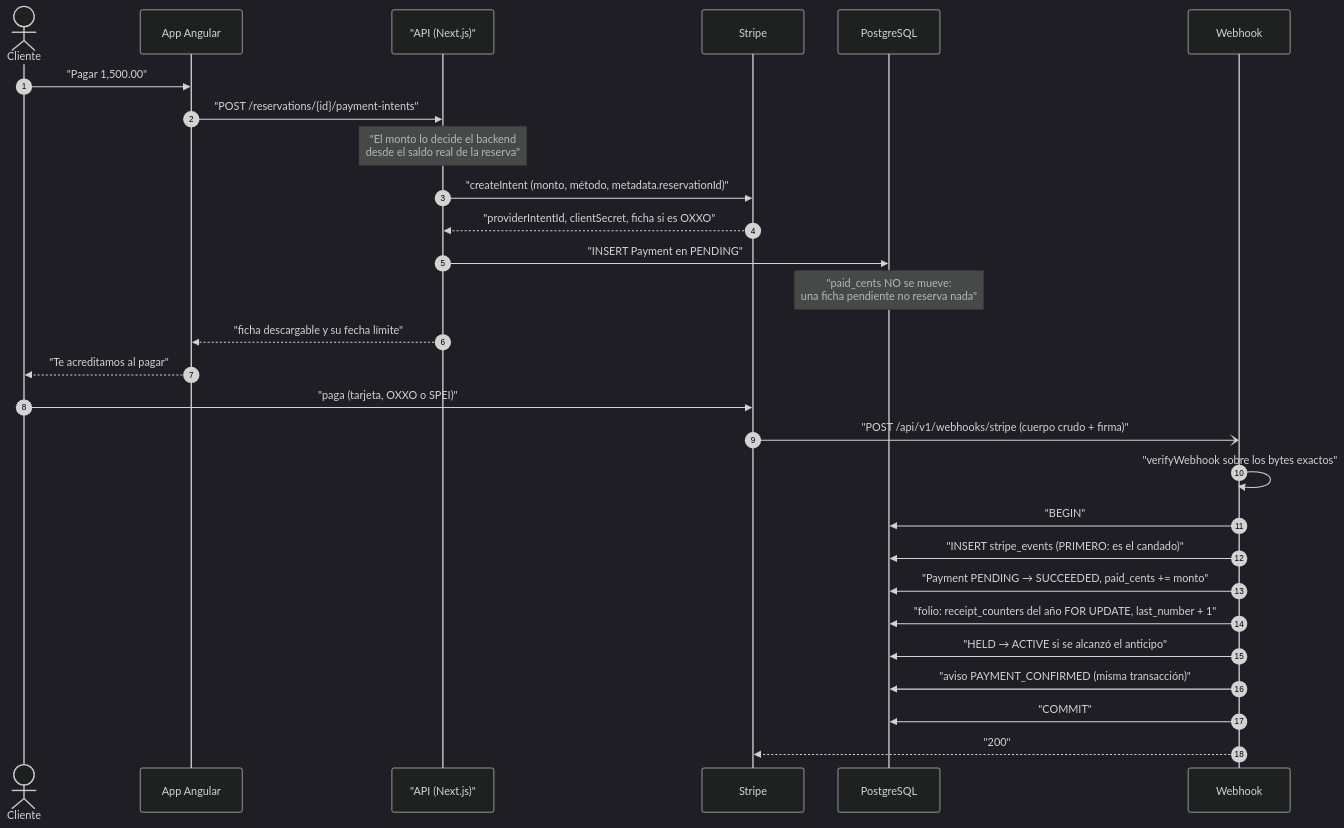
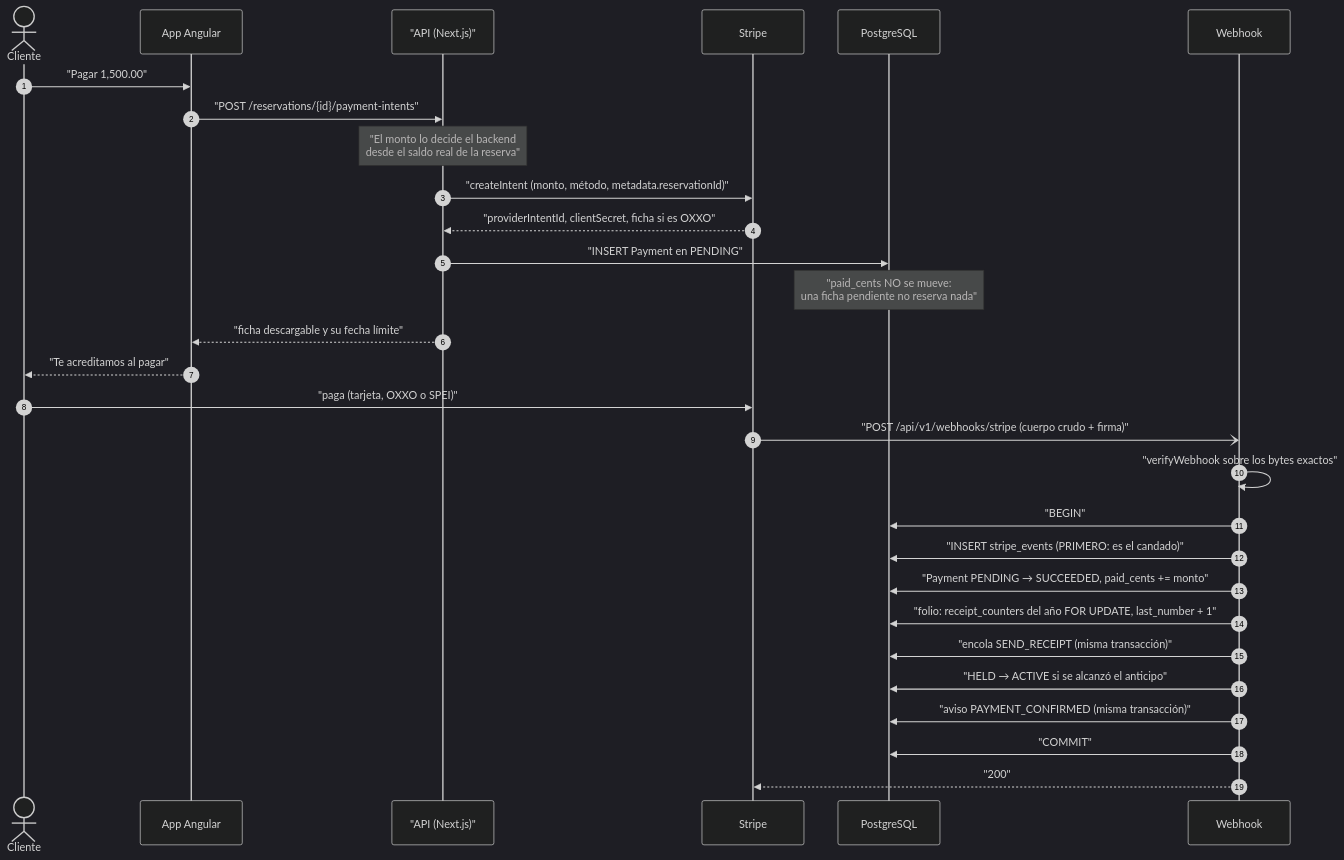
One commit to erickgs2/ruta_mochilera changed the first of 9 diagrams in docs/diagrams/payment-flow.md. Above: the diagram before and after it, drawn with Mermaid (dark theme). The commit also changed other lines of this file and 34 other files, not shown here.

````diff
--- a/docs/diagrams/payment-flow.md
+++ b/docs/diagrams/payment-flow.md
@@ -18,32 +18,33 @@
 ```mermaid
 sequenceDiagram
     autonumber
     actor C as Cliente
     participant App as App Angular
     participant API as "API (Next.js)"
     participant S as Stripe
     participant DB as PostgreSQL
     participant W as Webhook
 
     C->>App: "Pagar 1,500.00"
     App->>API: "POST /reservations/{id}/payment-intents"
     Note over API: "El monto lo decide el backend<br/>desde el saldo real de la reserva"
     API->>S: "createIntent (monto, método, metadata.reservationId)"
     S-->>API: "providerIntentId, clientSecret, ficha si es OXXO"
     API->>DB: "INSERT Payment en PENDING"
     Note over DB: "paid_cents NO se mueve:<br/>una ficha pendiente no reserva nada"
     API-->>App: "ficha descargable y su fecha límite"
     App-->>C: "Te acreditamos al pagar"
 
     C->>S: "paga (tarjeta, OXXO o SPEI)"
     S-)W: "POST /api/v1/webhooks/stripe (cuerpo crudo + firma)"
     W->>W: "verifyWebhook sobre los bytes exactos"
     W->>DB: "BEGIN"
     W->>DB: "INSERT stripe_events (PRIMERO: es el candado)"
     W->>DB: "Payment PENDING → SUCCEEDED, paid_cents += monto"
     W->>DB: "folio: receipt_counters del año FOR UPDATE, last_number + 1"
+    W->>DB: "encola SEND_RECEIPT (misma transacción)"
     W->>DB: "HELD → ACTIVE si se alcanzó el anticipo"
     W->>DB: "aviso PAYMENT_CONFIRMED (misma transacción)"
     W->>DB: "COMMIT"
     W-->>S: "200"
 ```
````
